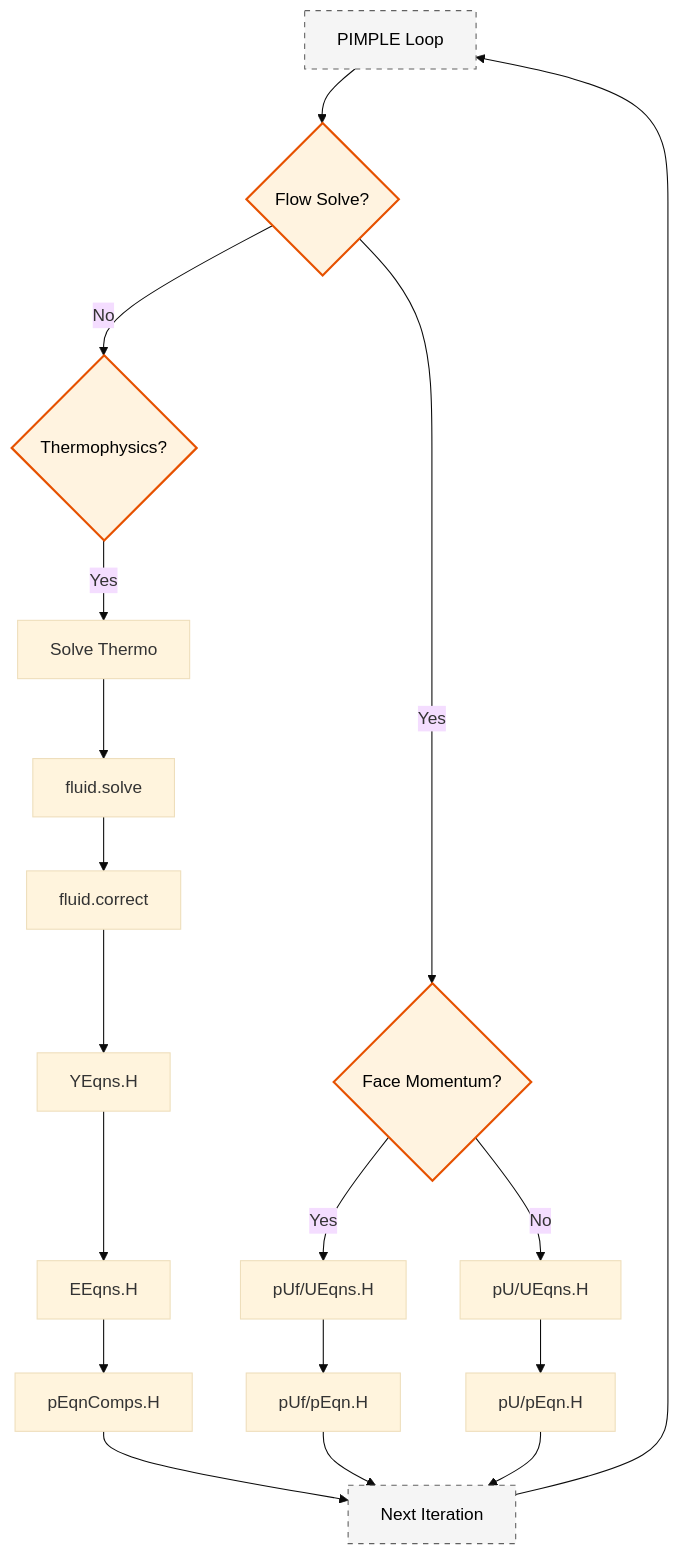
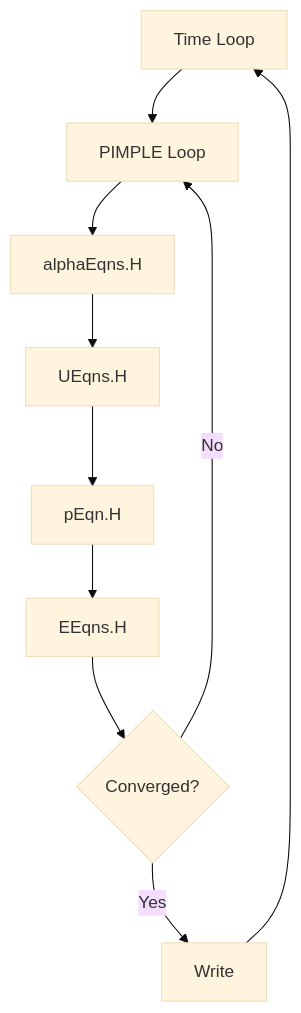
Before and after one commit to wramet/build-my-cfd: the second of 2 diagrams in MODULE_04_MULTIPHASE_FUNDAMENTALS/CONTENT/06_IMPLEMENTATION/00_Overview.md, drawn with Mermaid (base theme). The commit also changed other lines of this file and 384 other files, not shown here.

````diff
--- a/MODULE_04_MULTIPHASE_FUNDAMENTALS/CONTENT/06_IMPLEMENTATION/00_Overview.md
+++ b/MODULE_04_MULTIPHASE_FUNDAMENTALS/CONTENT/06_IMPLEMENTATION/00_Overview.md
@@ -266,21 +67,12 @@
 ```mermaid
 flowchart TD
-classDef implicit fill:#e1f5fe,stroke:#01579b,stroke-width:2px,color:#000
-classDef explicit fill:#fff3e0,stroke:#e65100,stroke-width:2px,color:#000
-classDef context fill:#f5f5f5,stroke:#616161,stroke-width:1px,color:#000,stroke-dasharray: 5 5
-A[PIMPLE Loop]:::context --> B{Flow Solve?}:::explicit
-B -->|No| C{Thermophysics?}:::explicit
-C -->|Yes| D[Solve Thermo]
-D --> E[fluid.solve]
-E --> F[fluid.correct]
-F --> G[YEqns.H]
-G --> H[EEqns.H]
-H --> I[pEqnComps.H]
-B -->|Yes| J{Face Momentum?}:::explicit
-J -->|Yes| K[pUf/UEqns.H]
-K --> L[pUf/pEqn.H]
-J -->|No| M[pU/UEqns.H]
-M --> N[pU/pEqn.H]
-I & L & N --> O[Next Iteration]:::context
-O --> A
+    A[Time Loop] --> B[PIMPLE Loop]
+    B --> C[alphaEqns.H]
+    C --> D[UEqns.H]
+    D --> E[pEqn.H]
+    E --> F[EEqns.H]
+    F --> G{Converged?}
+    G -->|No| B
+    G -->|Yes| H[Write]
+    H --> A
 ```
````
